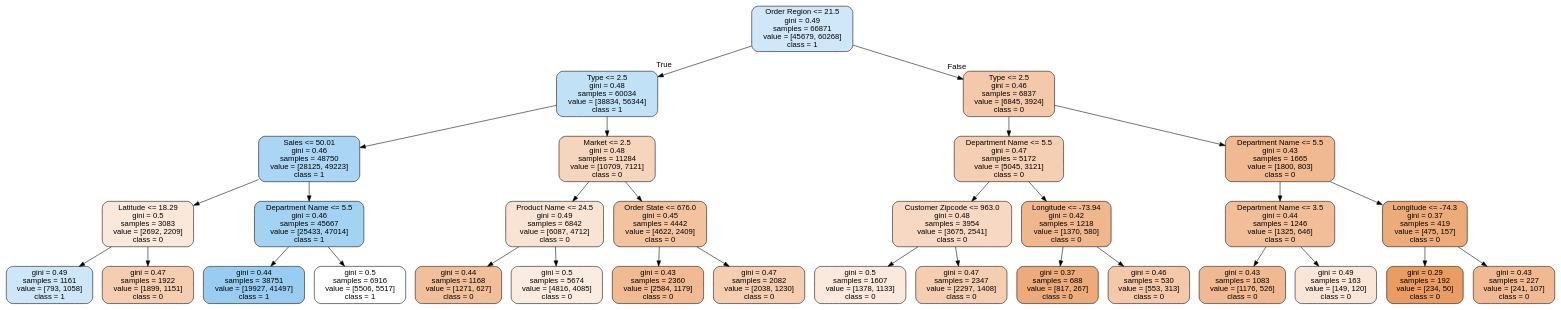
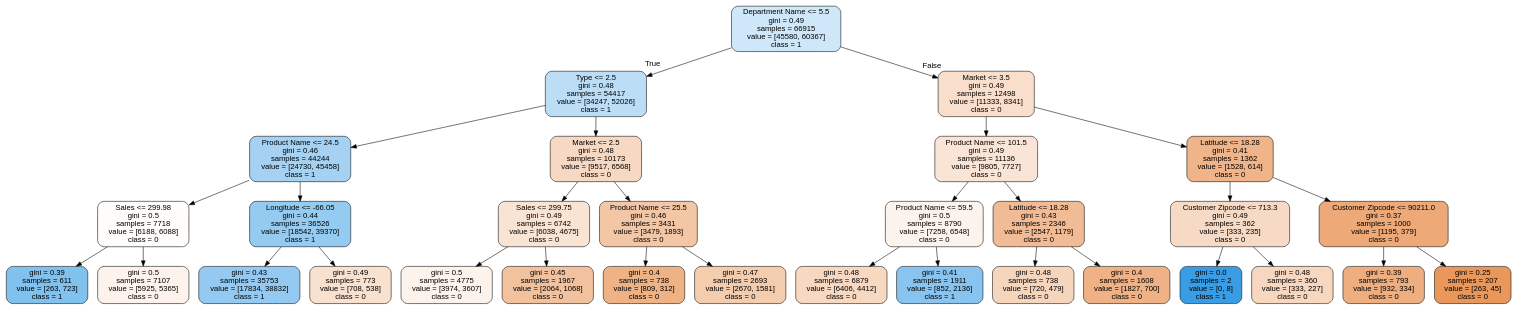
The diagram in tree.dot (BDBlank/SmartSupplyChain), drawn with Graphviz before and after one commit. The commit also changed 3 other files, not shown here.

```diff
--- a/tree.dot
+++ b/tree.dot
@@ -1,65 +1,65 @@
 digraph Tree {
 node [shape=box, style="filled, rounded", color="black", fontname=helvetica] ;
 edge [fontname=helvetica] ;
-0 [label="Order Region <= 21.5\ngini = 0.49\nsamples = 66871\nvalue = [45679, 60268]\nclass = 1", fillcolor="#cfe7f9"] ;
-1 [label="Type <= 2.5\ngini = 0.48\nsamples = 60034\nvalue = [38834, 56344]\nclass = 1", fillcolor="#c1e1f7"] ;
+0 [label="Department Name <= 5.5\ngini = 0.49\nsamples = 66915\nvalue = [45580, 60367]\nclass = 1", fillcolor="#cee7f9"] ;
+1 [label="Type <= 2.5\ngini = 0.48\nsamples = 54417\nvalue = [34247, 52026]\nclass = 1", fillcolor="#bbdef6"] ;
 0 -> 1 [labeldistance=2.5, labelangle=45, headlabel="True"] ;
-2 [label="Sales <= 50.01\ngini = 0.46\nsamples = 48750\nvalue = [28125, 49223]\nclass = 1", fillcolor="#aad5f4"] ;
+2 [label="Product Name <= 24.5\ngini = 0.46\nsamples = 44244\nvalue = [24730, 45458]\nclass = 1", fillcolor="#a5d2f3"] ;
 1 -> 2 ;
-3 [label="Latitude <= 18.29\ngini = 0.5\nsamples = 3083\nvalue = [2692, 2209]\nclass = 0", fillcolor="#fae8db"] ;
+3 [label="Sales <= 299.98\ngini = 0.5\nsamples = 7718\nvalue = [6188, 6088]\nclass = 0", fillcolor="#fffdfc"] ;
 2 -> 3 ;
-4 [label="gini = 0.49\nsamples = 1161\nvalue = [793, 1058]\nclass = 1", fillcolor="#cde6f8"] ;
+4 [label="gini = 0.39\nsamples = 611\nvalue = [263, 723]\nclass = 1", fillcolor="#81c1ee"] ;
 3 -> 4 ;
-5 [label="gini = 0.47\nsamples = 1922\nvalue = [1899, 1151]\nclass = 0", fillcolor="#f5cdb1"] ;
+5 [label="gini = 0.5\nsamples = 7107\nvalue = [5925, 5365]\nclass = 0", fillcolor="#fdf3ec"] ;
 3 -> 5 ;
-6 [label="Department Name <= 5.5\ngini = 0.46\nsamples = 45667\nvalue = [25433, 47014]\nclass = 1", fillcolor="#a4d2f3"] ;
+6 [label="Longitude <= -66.05\ngini = 0.44\nsamples = 36526\nvalue = [18542, 39370]\nclass = 1", fillcolor="#96cbf1"] ;
 2 -> 6 ;
-7 [label="gini = 0.44\nsamples = 38751\nvalue = [19927, 41497]\nclass = 1", fillcolor="#98ccf1"] ;
+7 [label="gini = 0.43\nsamples = 35753\nvalue = [17834, 38832]\nclass = 1", fillcolor="#94caf1"] ;
 6 -> 7 ;
-8 [label="gini = 0.5\nsamples = 6916\nvalue = [5506, 5517]\nclass = 1", fillcolor="#ffffff"] ;
+8 [label="gini = 0.49\nsamples = 773\nvalue = [708, 538]\nclass = 0", fillcolor="#f9e1cf"] ;
 6 -> 8 ;
-9 [label="Market <= 2.5\ngini = 0.48\nsamples = 11284\nvalue = [10709, 7121]\nclass = 0", fillcolor="#f6d5bd"] ;
+9 [label="Market <= 2.5\ngini = 0.48\nsamples = 10173\nvalue = [9517, 6568]\nclass = 0", fillcolor="#f7d8c2"] ;
 1 -> 9 ;
-10 [label="Product Name <= 24.5\ngini = 0.49\nsamples = 6842\nvalue = [6087, 4712]\nclass = 0", fillcolor="#f9e3d2"] ;
+10 [label="Sales <= 299.75\ngini = 0.49\nsamples = 6742\nvalue = [6038, 4675]\nclass = 0", fillcolor="#f9e3d2"] ;
 9 -> 10 ;
-11 [label="gini = 0.44\nsamples = 1168\nvalue = [1271, 627]\nclass = 0", fillcolor="#f2bf9b"] ;
+11 [label="gini = 0.5\nsamples = 4775\nvalue = [3974, 3607]\nclass = 0", fillcolor="#fdf3ed"] ;
 10 -> 11 ;
-12 [label="gini = 0.5\nsamples = 5674\nvalue = [4816, 4085]\nclass = 0", fillcolor="#fbece1"] ;
+12 [label="gini = 0.45\nsamples = 1967\nvalue = [2064, 1068]\nclass = 0", fillcolor="#f2c29f"] ;
 10 -> 12 ;
-13 [label="Order State <= 676.0\ngini = 0.45\nsamples = 4442\nvalue = [4622, 2409]\nclass = 0", fillcolor="#f3c3a0"] ;
+13 [label="Product Name <= 25.5\ngini = 0.46\nsamples = 3431\nvalue = [3479, 1893]\nclass = 0", fillcolor="#f3c6a5"] ;
 9 -> 13 ;
-14 [label="gini = 0.43\nsamples = 2360\nvalue = [2584, 1179]\nclass = 0", fillcolor="#f1ba93"] ;
+14 [label="gini = 0.4\nsamples = 738\nvalue = [809, 312]\nclass = 0", fillcolor="#efb285"] ;
 13 -> 14 ;
-15 [label="gini = 0.47\nsamples = 2082\nvalue = [2038, 1230]\nclass = 0", fillcolor="#f5cdb0"] ;
+15 [label="gini = 0.47\nsamples = 2693\nvalue = [2670, 1581]\nclass = 0", fillcolor="#f4ccae"] ;
 13 -> 15 ;
-16 [label="Type <= 2.5\ngini = 0.46\nsamples = 6837\nvalue = [6845, 3924]\nclass = 0", fillcolor="#f4c9ab"] ;
+16 [label="Market <= 3.5\ngini = 0.49\nsamples = 12498\nvalue = [11333, 8341]\nclass = 0", fillcolor="#f8decb"] ;
 0 -> 16 [labeldistance=2.5, labelangle=-45, headlabel="False"] ;
-17 [label="Department Name <= 5.5\ngini = 0.47\nsamples = 5172\nvalue = [5045, 3121]\nclass = 0", fillcolor="#f5cfb3"] ;
+17 [label="Product Name <= 101.5\ngini = 0.49\nsamples = 11136\nvalue = [9805, 7727]\nclass = 0", fillcolor="#f9e4d5"] ;
 16 -> 17 ;
-18 [label="Customer Zipcode <= 963.0\ngini = 0.48\nsamples = 3954\nvalue = [3675, 2541]\nclass = 0", fillcolor="#f7d8c2"] ;
+18 [label="Product Name <= 59.5\ngini = 0.5\nsamples = 8790\nvalue = [7258, 6548]\nclass = 0", fillcolor="#fcf3ec"] ;
 17 -> 18 ;
-19 [label="gini = 0.5\nsamples = 1607\nvalue = [1378, 1133]\nclass = 0", fillcolor="#fae9dc"] ;
+19 [label="gini = 0.48\nsamples = 6879\nvalue = [6406, 4412]\nclass = 0", fillcolor="#f7d8c1"] ;
 18 -> 19 ;
-20 [label="gini = 0.47\nsamples = 2347\nvalue = [2297, 1408]\nclass = 0", fillcolor="#f5ceb2"] ;
+20 [label="gini = 0.41\nsamples = 1911\nvalue = [852, 2136]\nclass = 1", fillcolor="#88c4ef"] ;
 18 -> 20 ;
-21 [label="Longitude <= -73.94\ngini = 0.42\nsamples = 1218\nvalue = [1370, 580]\nclass = 0", fillcolor="#f0b68d"] ;
+21 [label="Latitude <= 18.28\ngini = 0.43\nsamples = 2346\nvalue = [2547, 1179]\nclass = 0", fillcolor="#f1bb95"] ;
 17 -> 21 ;
-22 [label="gini = 0.37\nsamples = 688\nvalue = [817, 267]\nclass = 0", fillcolor="#edaa7a"] ;
+22 [label="gini = 0.48\nsamples = 738\nvalue = [720, 479]\nclass = 0", fillcolor="#f6d5bd"] ;
 21 -> 22 ;
-23 [label="gini = 0.46\nsamples = 530\nvalue = [553, 313]\nclass = 0", fillcolor="#f4c8a9"] ;
+23 [label="gini = 0.4\nsamples = 1608\nvalue = [1827, 700]\nclass = 0", fillcolor="#efb185"] ;
 21 -> 23 ;
-24 [label="Department Name <= 5.5\ngini = 0.43\nsamples = 1665\nvalue = [1800, 803]\nclass = 0", fillcolor="#f1b991"] ;
+24 [label="Latitude <= 18.28\ngini = 0.41\nsamples = 1362\nvalue = [1528, 614]\nclass = 0", fillcolor="#efb489"] ;
 16 -> 24 ;
-25 [label="Department Name <= 3.5\ngini = 0.44\nsamples = 1246\nvalue = [1325, 646]\nclass = 0", fillcolor="#f2be9a"] ;
+25 [label="Customer Zipcode <= 713.3\ngini = 0.49\nsamples = 362\nvalue = [333, 235]\nclass = 0", fillcolor="#f7dac5"] ;
 24 -> 25 ;
-26 [label="gini = 0.43\nsamples = 1083\nvalue = [1176, 526]\nclass = 0", fillcolor="#f1b992"] ;
+26 [label="gini = 0.0\nsamples = 2\nvalue = [0, 8]\nclass = 1", fillcolor="#399de5"] ;
 25 -> 26 ;
-27 [label="gini = 0.49\nsamples = 163\nvalue = [149, 120]\nclass = 0", fillcolor="#fae6d8"] ;
+27 [label="gini = 0.48\nsamples = 360\nvalue = [333, 227]\nclass = 0", fillcolor="#f7d7c0"] ;
 25 -> 27 ;
-28 [label="Longitude <= -74.3\ngini = 0.37\nsamples = 419\nvalue = [475, 157]\nclass = 0", fillcolor="#eeab7a"] ;
+28 [label="Customer Zipcode <= 90211.0\ngini = 0.37\nsamples = 1000\nvalue = [1195, 379]\nclass = 0", fillcolor="#eda978"] ;
 24 -> 28 ;
-29 [label="gini = 0.29\nsamples = 192\nvalue = [234, 50]\nclass = 0", fillcolor="#eb9c63"] ;
+29 [label="gini = 0.39\nsamples = 793\nvalue = [932, 334]\nclass = 0", fillcolor="#eeae80"] ;
 28 -> 29 ;
-30 [label="gini = 0.43\nsamples = 227\nvalue = [241, 107]\nclass = 0", fillcolor="#f1b991"] ;
+30 [label="gini = 0.25\nsamples = 207\nvalue = [263, 45]\nclass = 0", fillcolor="#e9975b"] ;
 28 -> 30 ;
 }
```
